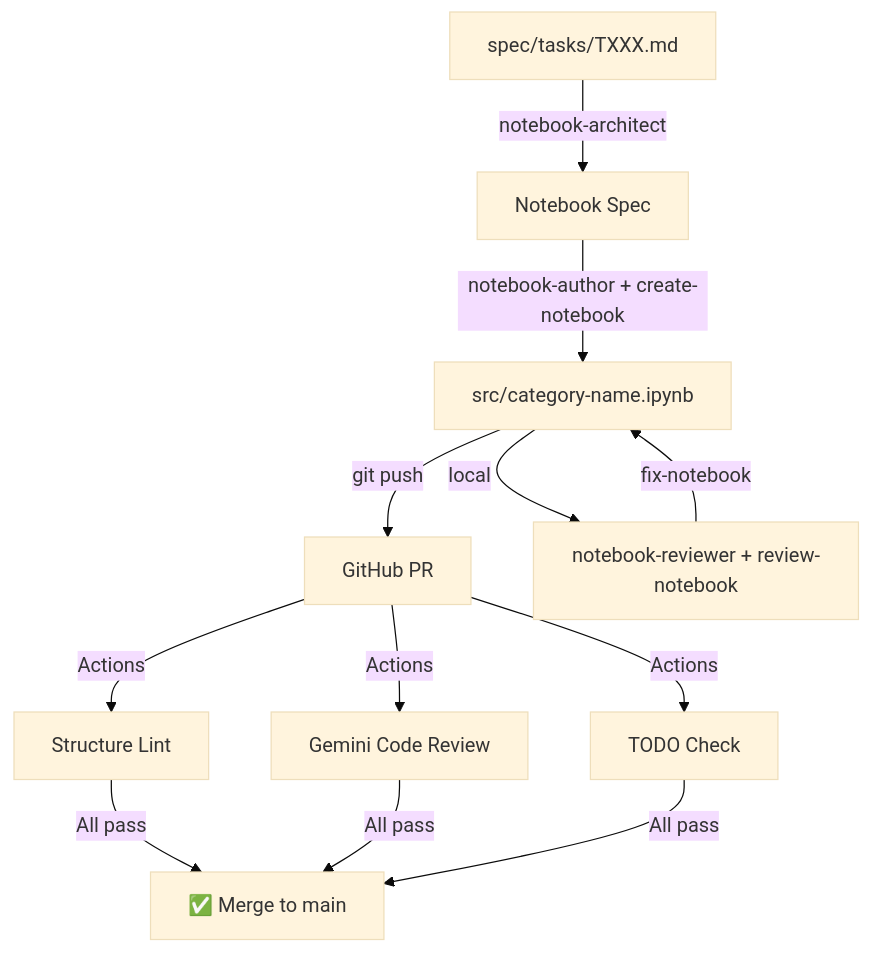
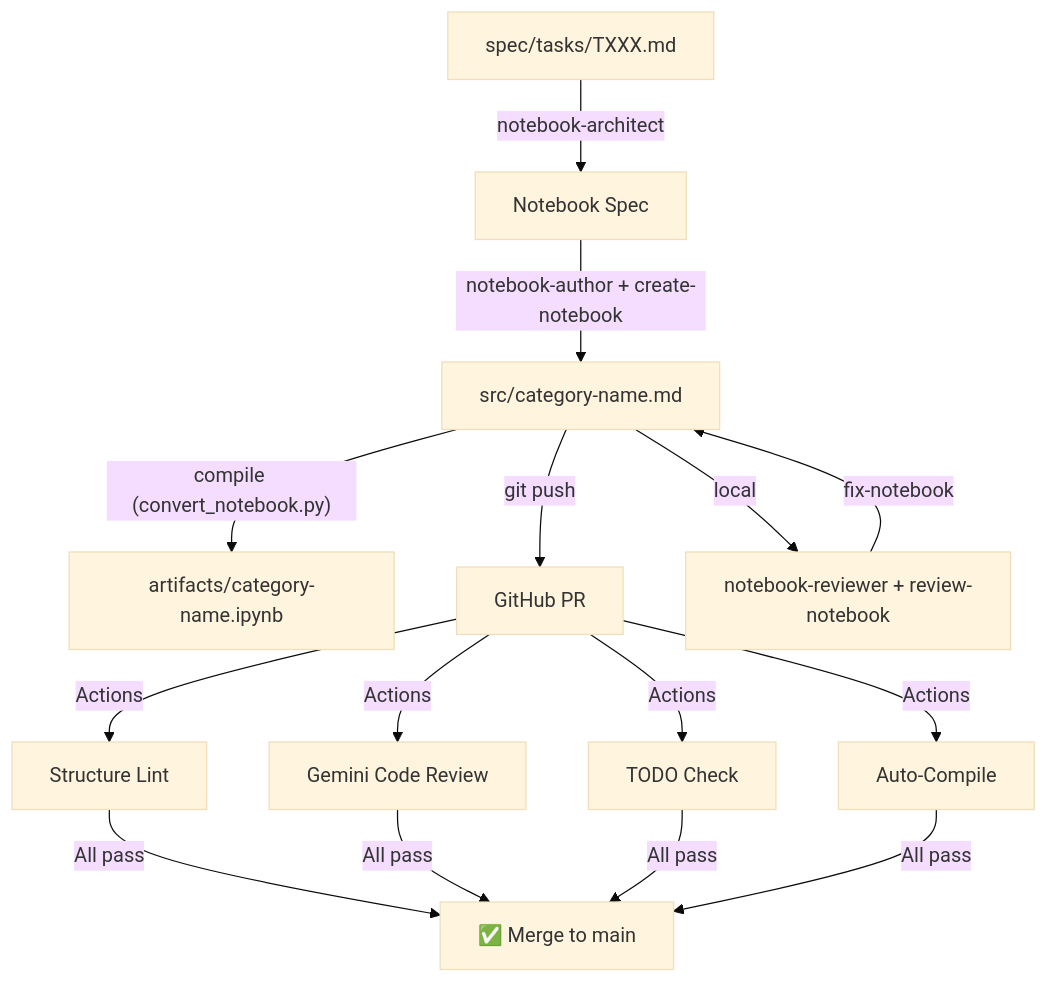
One commit to adurancastillo96/notebooks changed the first of 2 diagrams in spec/ARCHITECTURE.md. Above: the diagram before and after it, drawn with Mermaid (base theme). The commit also changed other lines of this file and 39 other files, not shown here.

````diff
--- a/spec/ARCHITECTURE.md
+++ b/spec/ARCHITECTURE.md
@@ -9,12 +9,14 @@
 ```mermaid
 graph TD
     A["spec/tasks/TXXX.md"] -->|"notebook-architect"| B["Notebook Spec"]
-    B -->|"notebook-author + create-notebook"| C["src/category-name.ipynb"]
+    B -->|"notebook-author + create-notebook"| C["src/category-name.md"]
+    C -->|"compile (convert_notebook.py)"| C2["artifacts/category-name.ipynb"]
     C -->|"git push"| D["GitHub PR"]
     D -->|"Actions"| E["Structure Lint"]
     D -->|"Actions"| F["Gemini Code Review"]
     D -->|"Actions"| G["TODO Check"]
-    E & F & G -->|"All pass"| H["✅ Merge to main"]
+    D -->|"Actions"| G2["Auto-Compile"]
+    E & F & G & G2 -->|"All pass"| H["✅ Merge to main"]
     C -->|"local"| I["notebook-reviewer + review-notebook"]
     I -->|"fix-notebook"| C
 ```
````
